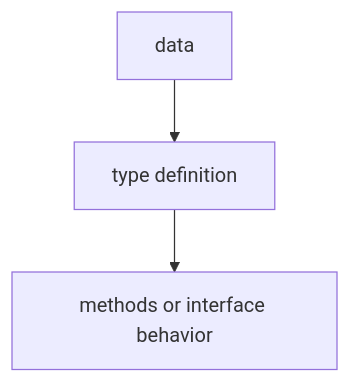
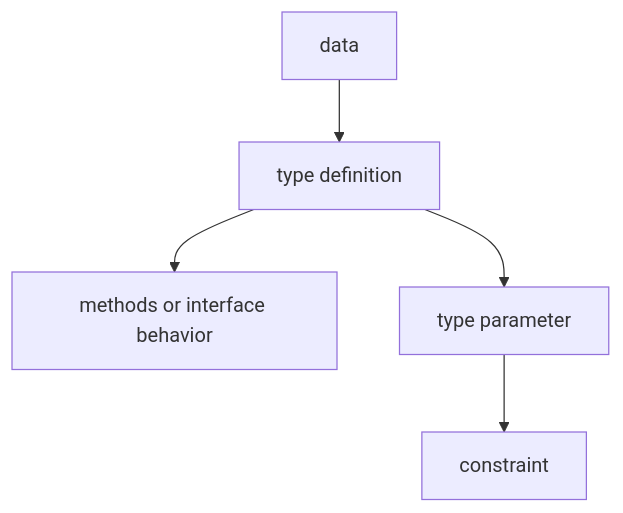
The first of 2 diagrams in 04-types-design/9-generics/README.md (rasel9t6/the-go-engineer), drawn with Mermaid before and after one commit. The commit also changed other lines of this file and 13 other files, not shown here.

````diff
--- a/04-types-design/9-generics/README.md
+++ b/04-types-design/9-generics/README.md
@@ -25,5 +25,7 @@
 ```mermaid
 graph TD
     A["data"] --> B["type definition"]
     B --> C["methods or interface behavior"]
+    B --> D["type parameter"]
+    D --> E["constraint"]
 ```
````
